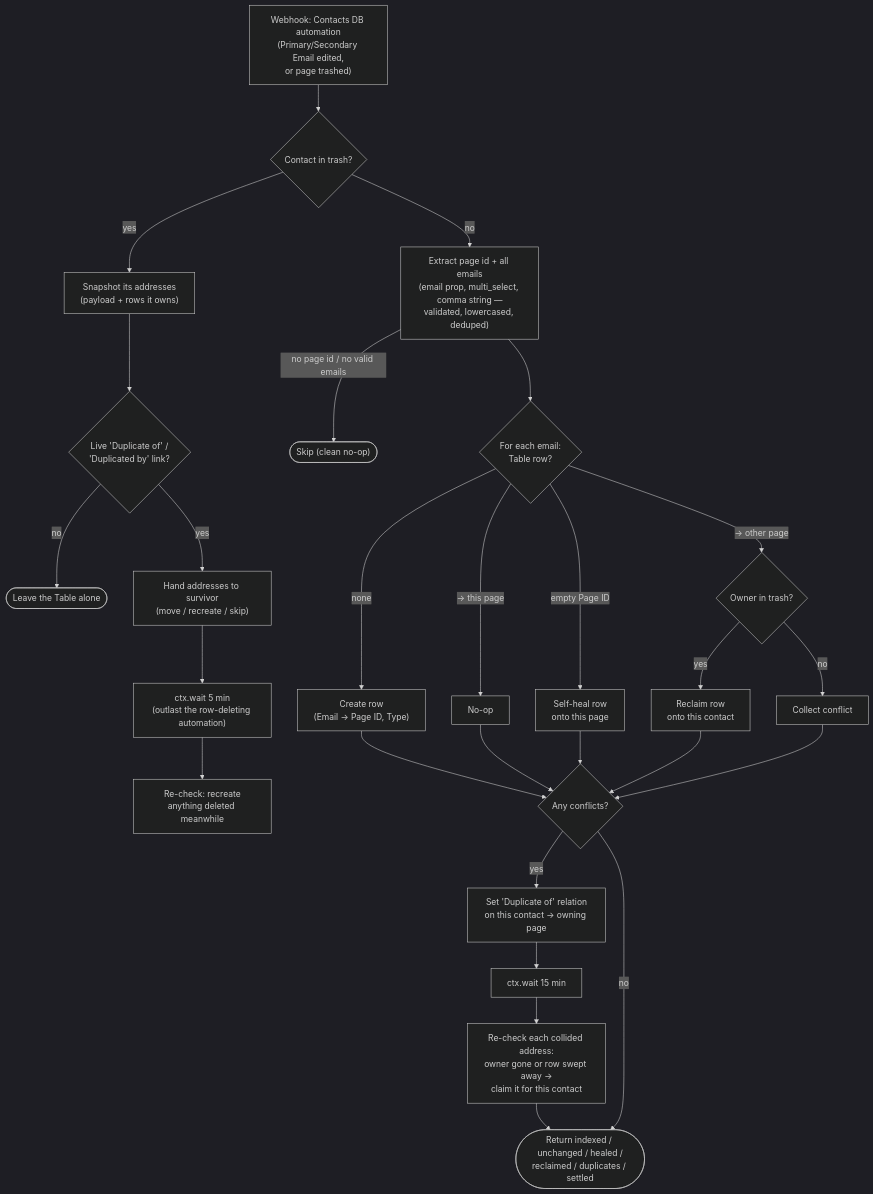
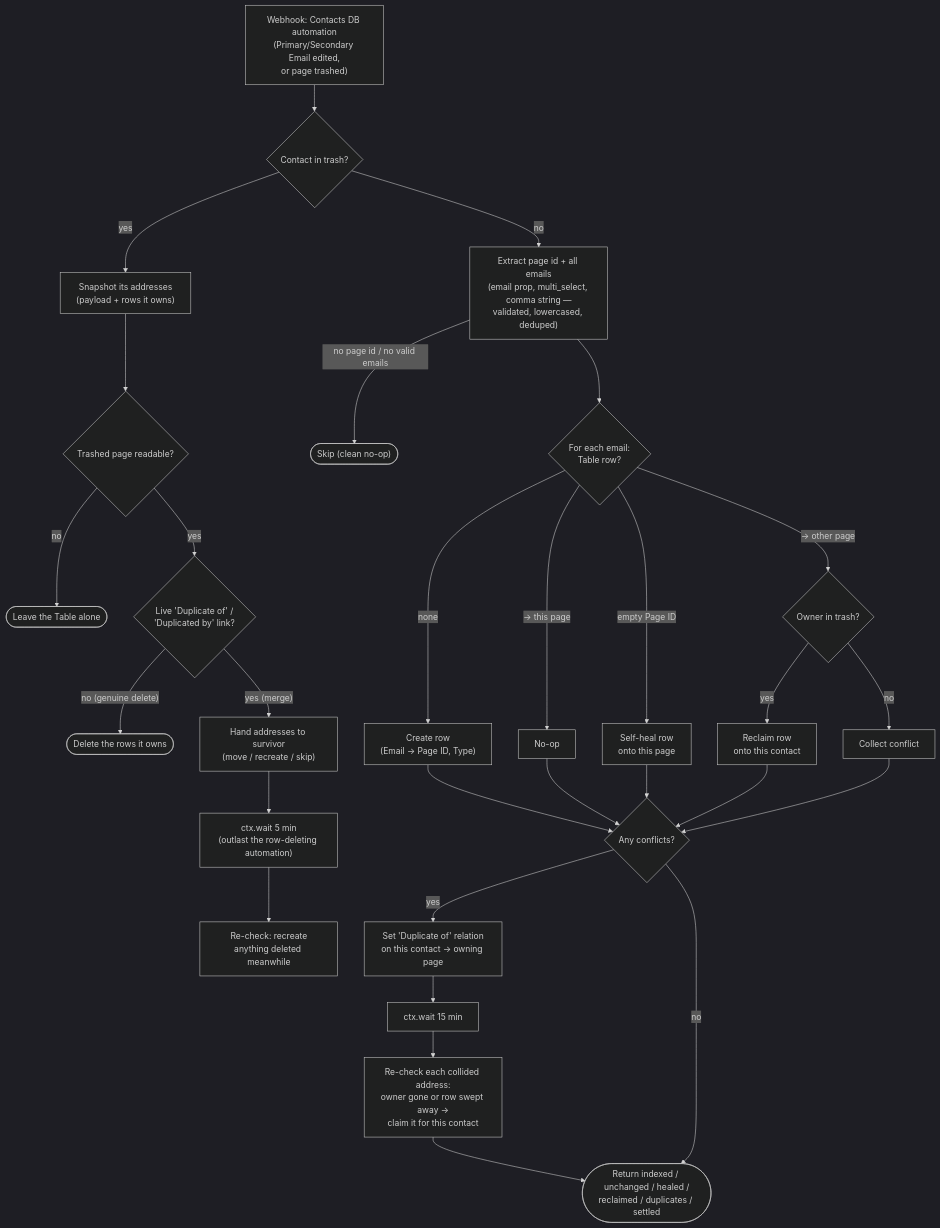
Before and after one commit to work-flowers/zapier-sdk: the diagram in contact-emails-to-zapier-table/README.md, drawn with Mermaid (dark theme). The commit also changed other lines of this file and 3 other files, not shown here.

````diff
--- a/contact-emails-to-zapier-table/README.md
+++ b/contact-emails-to-zapier-table/README.md
@@ -46,29 +47,31 @@
 ```mermaid
 flowchart TD
     A["Webhook: Contacts DB automation<br/>(Primary/Secondary Email edited,<br/>or page trashed)"] --> T{"Contact in trash?"}
     T -- yes --> M1["Snapshot its addresses<br/>(payload + rows it owns)"]
-    M1 --> M2{"Live 'Duplicate of' /<br/>'Duplicated by' link?"}
+    M1 --> M2{"Trashed page readable?"}
     M2 -- no --> MS(["Leave the Table alone"])
-    M2 -- yes --> M3["Hand addresses to survivor<br/>(move / recreate / skip)"]
+    M2 -- yes --> M2b{"Live 'Duplicate of' /<br/>'Duplicated by' link?"}
+    M2b -- "no (genuine delete)" --> MD(["Delete the rows it owns"])
+    M2b -- "yes (merge)" --> M3["Hand addresses to survivor<br/>(move / recreate / skip)"]
     M3 --> M4["ctx.wait 5 min<br/>(outlast the row-deleting automation)"]
     M4 --> M5["Re-check: recreate<br/>anything deleted meanwhile"]
     T -- no --> B["Extract page id + all emails<br/>(email prop, multi_select, comma string —<br/>validated, lowercased, deduped)"]
     B -- "no page id / no valid emails" --> S(["Skip (clean no-op)"])
     B --> C{"For each email:<br/>Table row?"}
     C -- none --> D["Create row<br/>(Email → Page ID, Type)"]
     C -- "→ this page" --> E["No-op"]
     C -- "empty Page ID" --> F["Self-heal row<br/>onto this page"]
     C -- "→ other page" --> O{"Owner in trash?"}
     O -- yes --> R["Reclaim row<br/>onto this contact"]
     O -- no --> G["Collect conflict"]
     D --> H
     E --> H
     F --> H
     R --> H
     G --> H{"Any conflicts?"}
     H -- yes --> I["Set 'Duplicate of' relation<br/>on this contact → owning page"]
     I --> K["ctx.wait 15 min"]
     K --> L["Re-check each collided address:<br/>owner gone or row swept away →<br/>claim it for this contact"]
     L --> J
     H -- no --> J(["Return indexed / unchanged / healed /<br/>reclaimed / duplicates / settled"])
 ```
````
